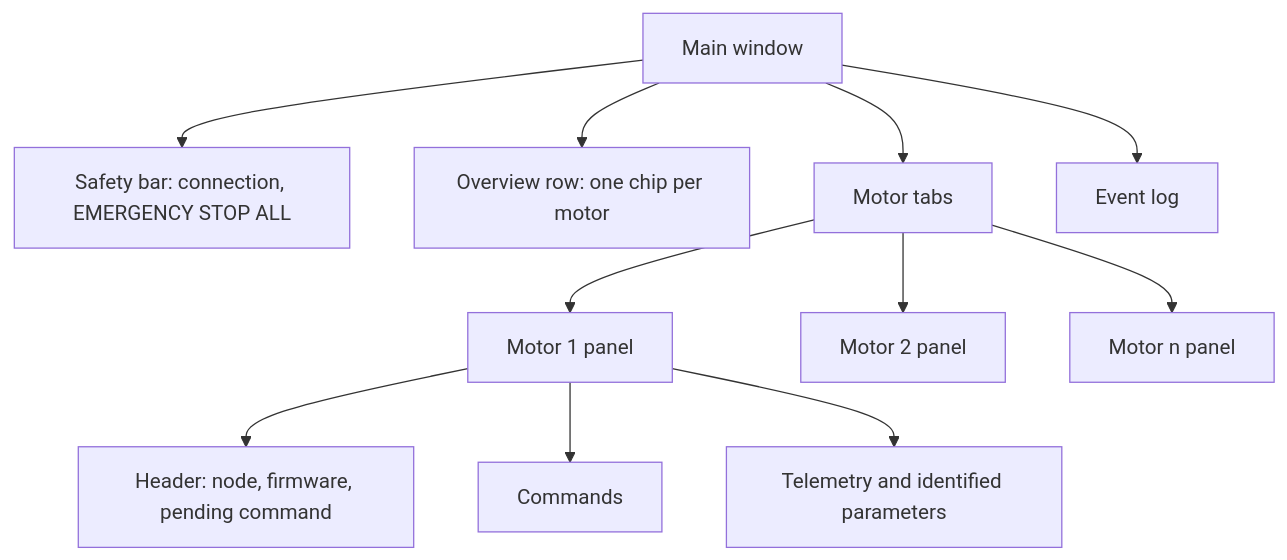
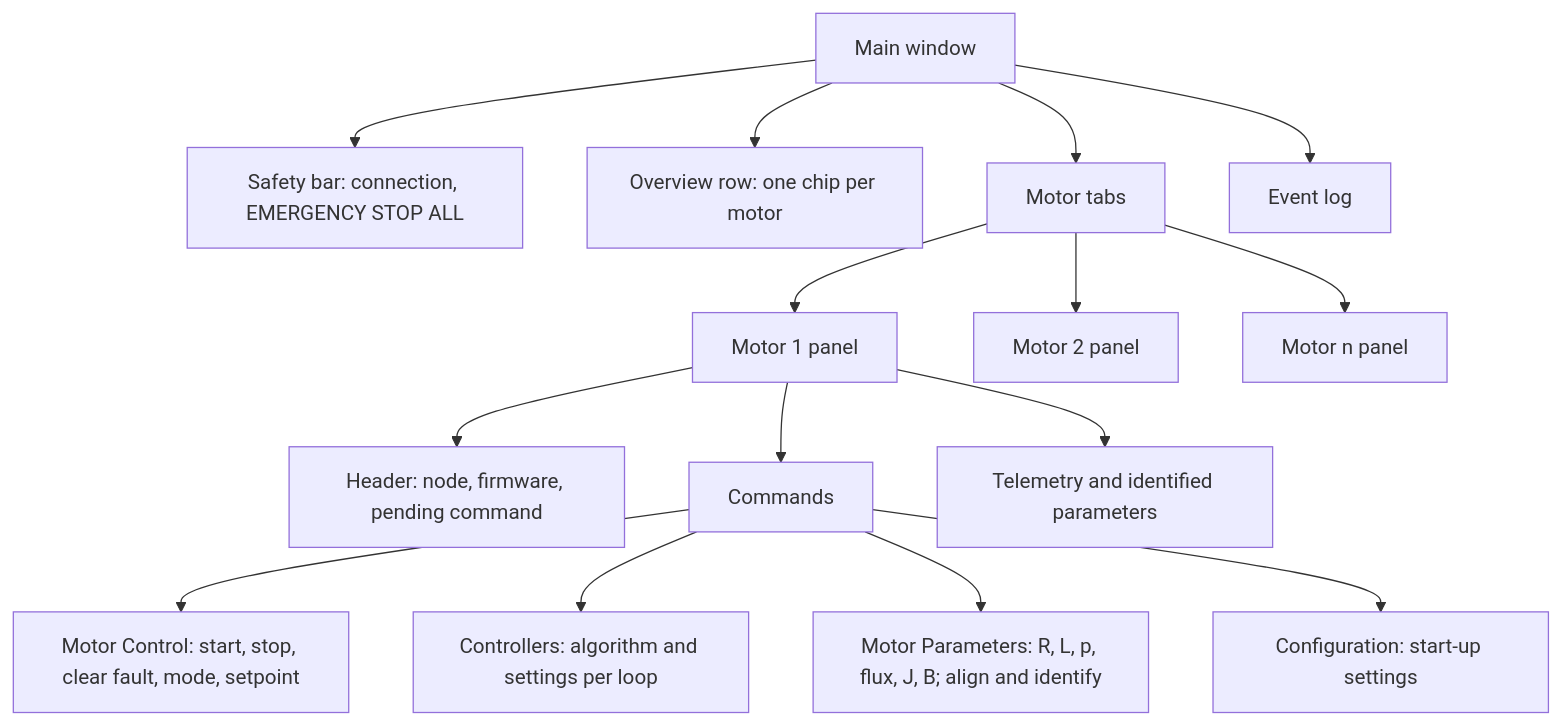
Before and after one commit to embedded-pro/e-foc: the first of 8 diagrams in documentation/design/tool-can-commander.md, drawn with Mermaid. The commit also changed other lines of this file and 130 other files, not shown here.

First line of the commit message:
feat(can): choose controllers per mode and set every setting and motor parameter over CAN (contract 2.1) (#429)

````diff
--- a/documentation/design/tool-can-commander.md
+++ b/documentation/design/tool-can-commander.md
@@ -66,13 +71,17 @@
 ```mermaid
 graph TD
     Window["Main window"] --> Safety["Safety bar: connection, EMERGENCY STOP ALL"]
     Window --> Overview["Overview row: one chip per motor"]
     Window --> Tabs["Motor tabs"]
     Window --> Log["Event log"]
     Tabs --> M1["Motor 1 panel"]
     Tabs --> M2["Motor 2 panel"]
     Tabs --> Mn["Motor n panel"]
     M1 --> Header["Header: node, firmware, pending command"]
     M1 --> Commands["Commands"]
     M1 --> Telemetry["Telemetry and identified parameters"]
+    Commands --> Control["Motor Control: start, stop, clear fault, mode, setpoint"]
+    Commands --> Controllers["Controllers: algorithm and settings per loop"]
+    Commands --> Parameters["Motor Parameters: R, L, p, flux, J, B; align and identify"]
+    Commands --> Configuration["Configuration: start-up settings"]
 ```
````
